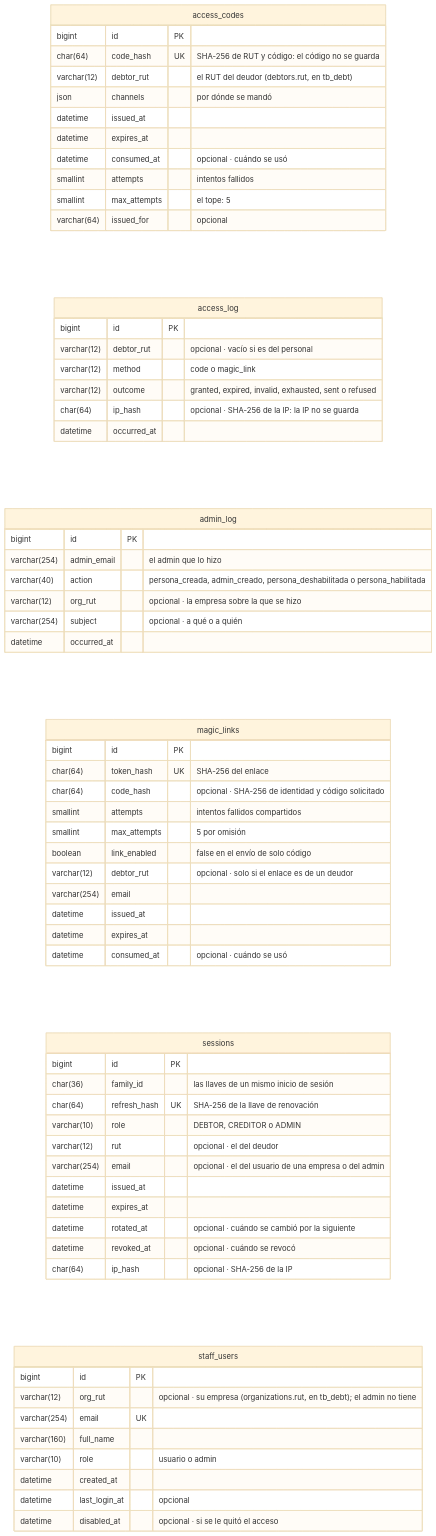
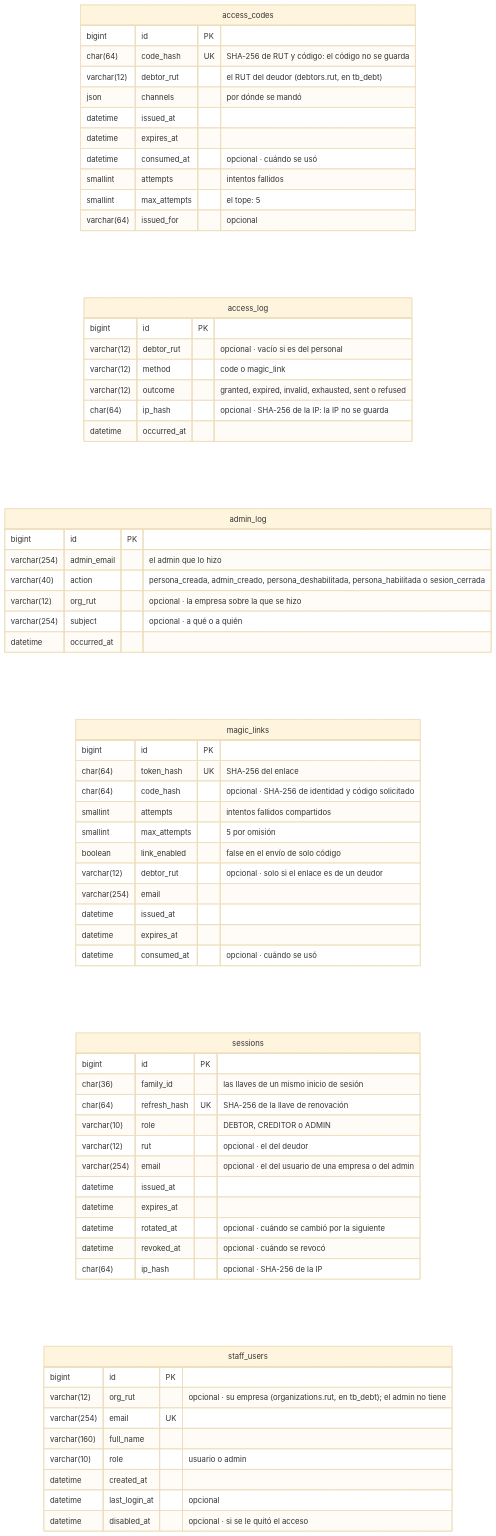
Before and after one commit to TechnicalBridge/DataBridge: the first of 5 diagrams in docs/diagramas/entidad-relacion.md, drawn with Mermaid (base theme). The commit also changed other lines of this file and 23 other files, not shown here.

````diff
--- a/docs/diagramas/entidad-relacion.md
+++ b/docs/diagramas/entidad-relacion.md
@@ -30,68 +30,68 @@
 ```mermaid
 erDiagram
     direction LR
     access_codes {
         bigint id PK
         char(64) code_hash UK "SHA-256 de RUT y código: el código no se guarda"
         varchar(12) debtor_rut "el RUT del deudor (debtors.rut, en tb_debt)"
         json channels "por dónde se mandó"
         datetime issued_at
         datetime expires_at
         datetime consumed_at "opcional · cuándo se usó"
         smallint attempts "intentos fallidos"
         smallint max_attempts "el tope: 5"
         varchar(64) issued_for "opcional"
     }
     access_log {
         bigint id PK
         varchar(12) debtor_rut "opcional · vacío si es del personal"
         varchar(12) method "code o magic_link"
         varchar(12) outcome "granted, expired, invalid, exhausted, sent o refused"
         char(64) ip_hash "opcional · SHA-256 de la IP: la IP no se guarda"
         datetime occurred_at
     }
     admin_log {
         bigint id PK
         varchar(254) admin_email "el admin que lo hizo"
-        varchar(40) action "persona_creada, admin_creado, persona_deshabilitada o persona_habilitada"
+        varchar(40) action "persona_creada, admin_creado, persona_deshabilitada, persona_habilitada o sesion_cerrada"
         varchar(12) org_rut "opcional · la empresa sobre la que se hizo"
         varchar(254) subject "opcional · a qué o a quién"
         datetime occurred_at
     }
     magic_links {
         bigint id PK
         char(64) token_hash UK "SHA-256 del enlace"
         char(64) code_hash "opcional · SHA-256 de identidad y código solicitado"
         smallint attempts "intentos fallidos compartidos"
         smallint max_attempts "5 por omisión"
         boolean link_enabled "false en el envío de solo código"
         varchar(12) debtor_rut "opcional · solo si el enlace es de un deudor"
         varchar(254) email
         datetime issued_at
         datetime expires_at
         datetime consumed_at "opcional · cuándo se usó"
     }
     sessions {
         bigint id PK
         char(36) family_id "las llaves de un mismo inicio de sesión"
         char(64) refresh_hash UK "SHA-256 de la llave de renovación"
         varchar(10) role "DEBTOR, CREDITOR o ADMIN"
         varchar(12) rut "opcional · el del deudor"
         varchar(254) email "opcional · el del usuario de una empresa o del admin"
         datetime issued_at
         datetime expires_at
         datetime rotated_at "opcional · cuándo se cambió por la siguiente"
         datetime revoked_at "opcional · cuándo se revocó"
         char(64) ip_hash "opcional · SHA-256 de la IP"
     }
     staff_users {
         bigint id PK
         varchar(12) org_rut "opcional · su empresa (organizations.rut, en tb_debt); el admin no tiene"
         varchar(254) email UK
         varchar(160) full_name
         varchar(10) role "usuario o admin"
         datetime created_at
         datetime last_login_at "opcional"
         datetime disabled_at "opcional · si se le quitó el acceso"
     }
 ```
````
